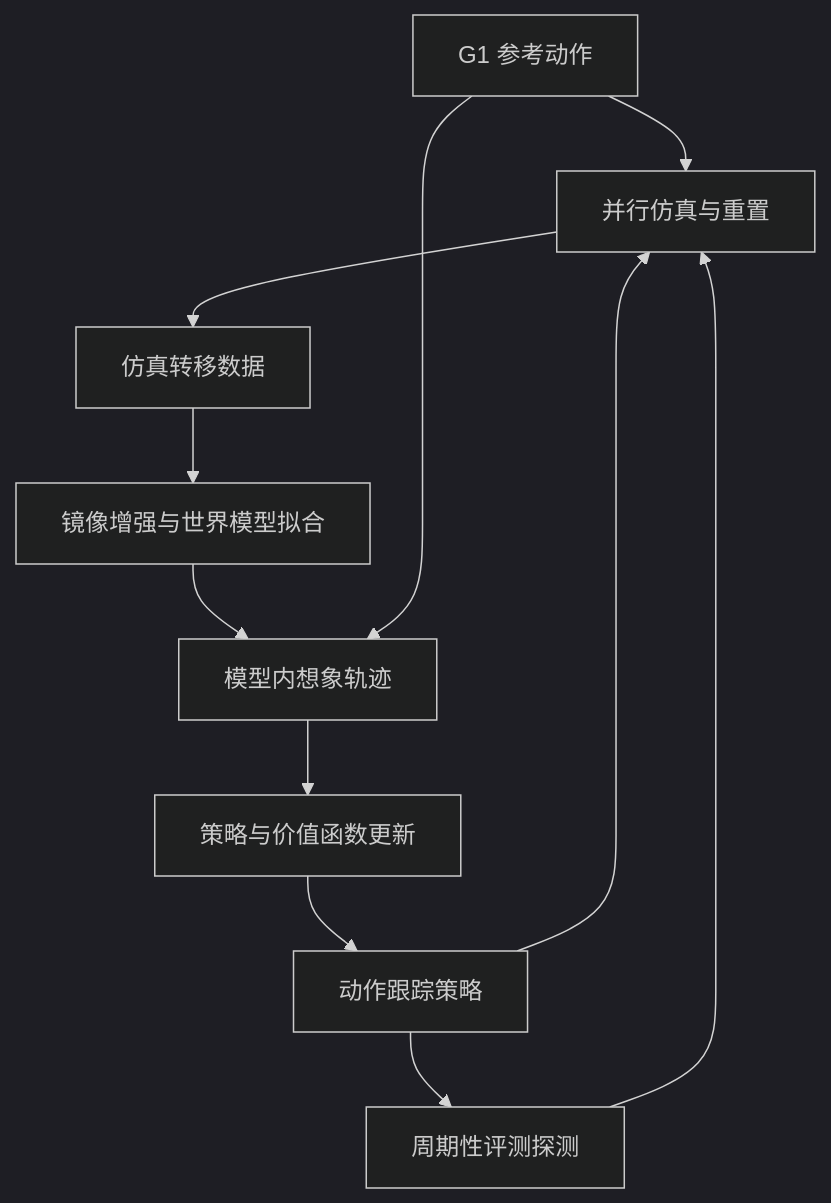
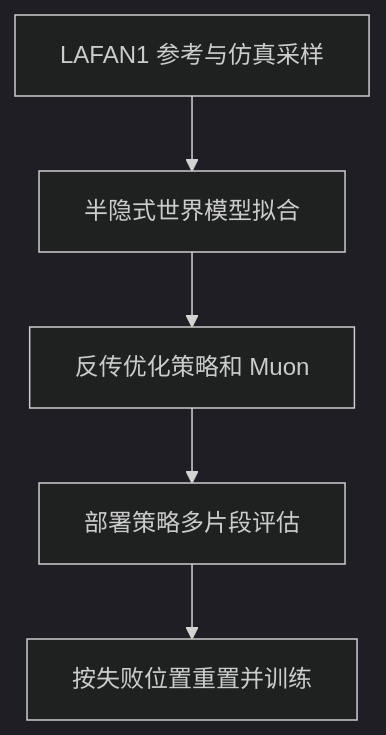
Before and after one commit to ImChong/Robotics_Notebooks: the first of 2 diagrams in wiki/entities/blinkmimic.md, drawn with Mermaid (dark theme). The commit also changed other lines of this file and 5 other files, not shown here.

````diff
--- a/wiki/entities/blinkmimic.md
+++ b/wiki/entities/blinkmimic.md
@@ -32,13 +56,12 @@
 ```mermaid
-flowchart TB
-  data["G1 参考动作"] --> sim["并行仿真与重置"]
-  policy["动作跟踪策略"] --> sim
-  sim --> buffer["仿真转移数据"]
-  buffer --> wm["镜像增强与世界模型拟合"]
-  wm --> rollout["模型内想象轨迹"]
-  data --> rollout
-  rollout --> update["策略与价值函数更新"]
-  update --> policy
-  policy --> probe["周期性评测探测"]
-  probe --> sim
+flowchart TD
+  N0["LAFAN1 参考与仿真采样"]
+  N1["半隐式世界模型拟合"]
+  N2["反传优化策略和 Muon"]
+  N3["部署策略多片段评估"]
+  N4["按失败位置重置并训练"]
+  N0 --> N1
+  N1 --> N2
+  N2 --> N3
+  N3 --> N4
 ```
````
